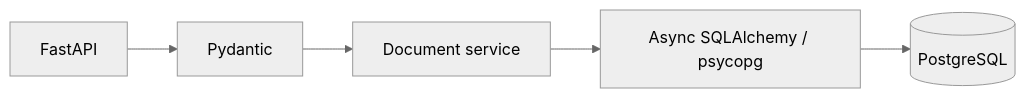
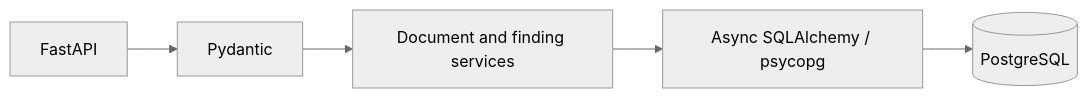
One commit to rootkit-io/ChainSecDB changed the diagram in README.md. Above: the diagram before and after it, drawn with Mermaid (neutral theme). The commit also changed other lines of this file and 21 other files, not shown here.

````diff
--- a/README.md
+++ b/README.md
@@ -92,7 +108,7 @@
 ```mermaid
 flowchart LR
     API[FastAPI] --> Validation[Pydantic]
-    Validation --> Service[Document service]
+    Validation --> Service[Document and finding services]
     Service --> ORM[Async SQLAlchemy / psycopg]
     ORM --> DB[(PostgreSQL)]
 ```
````
